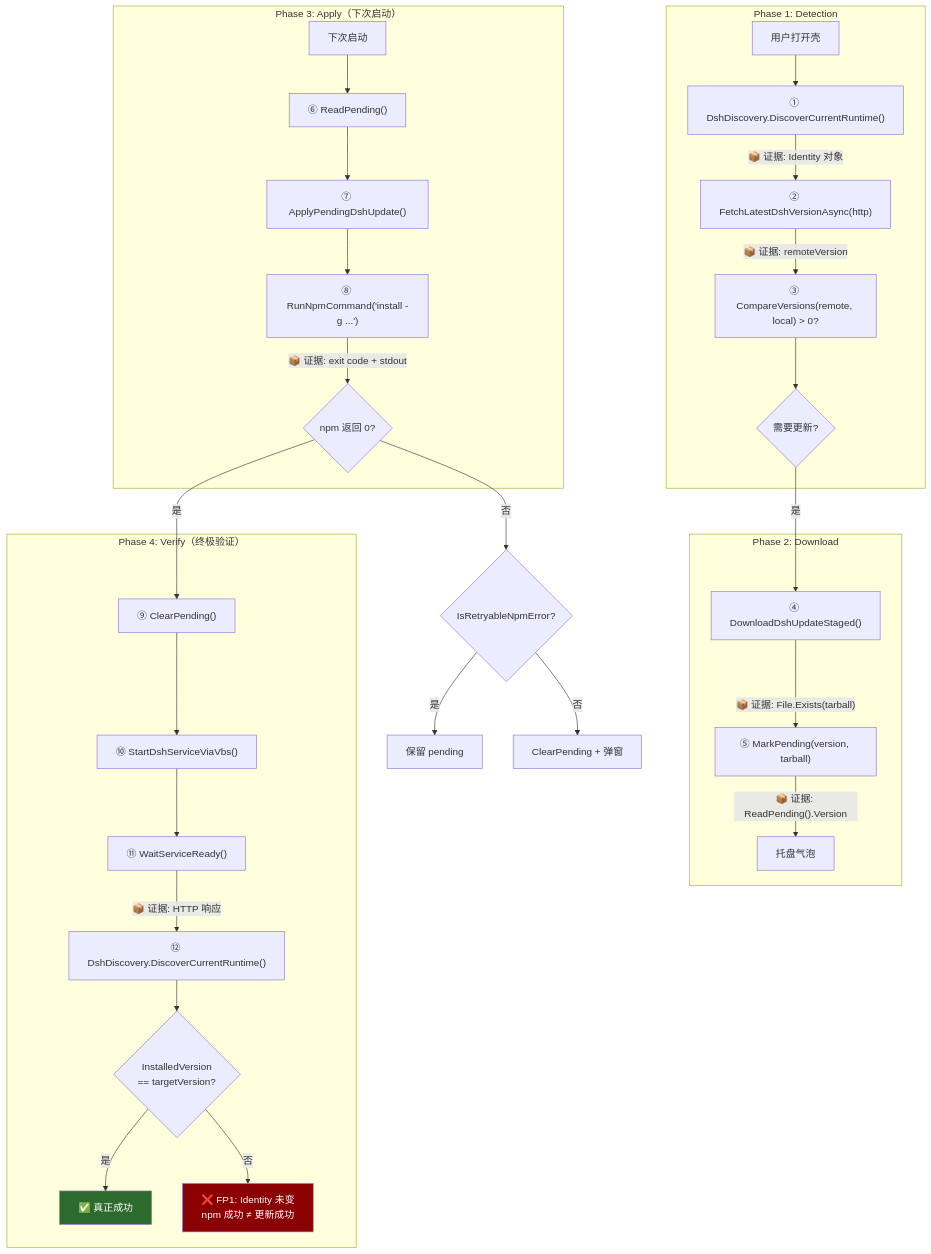
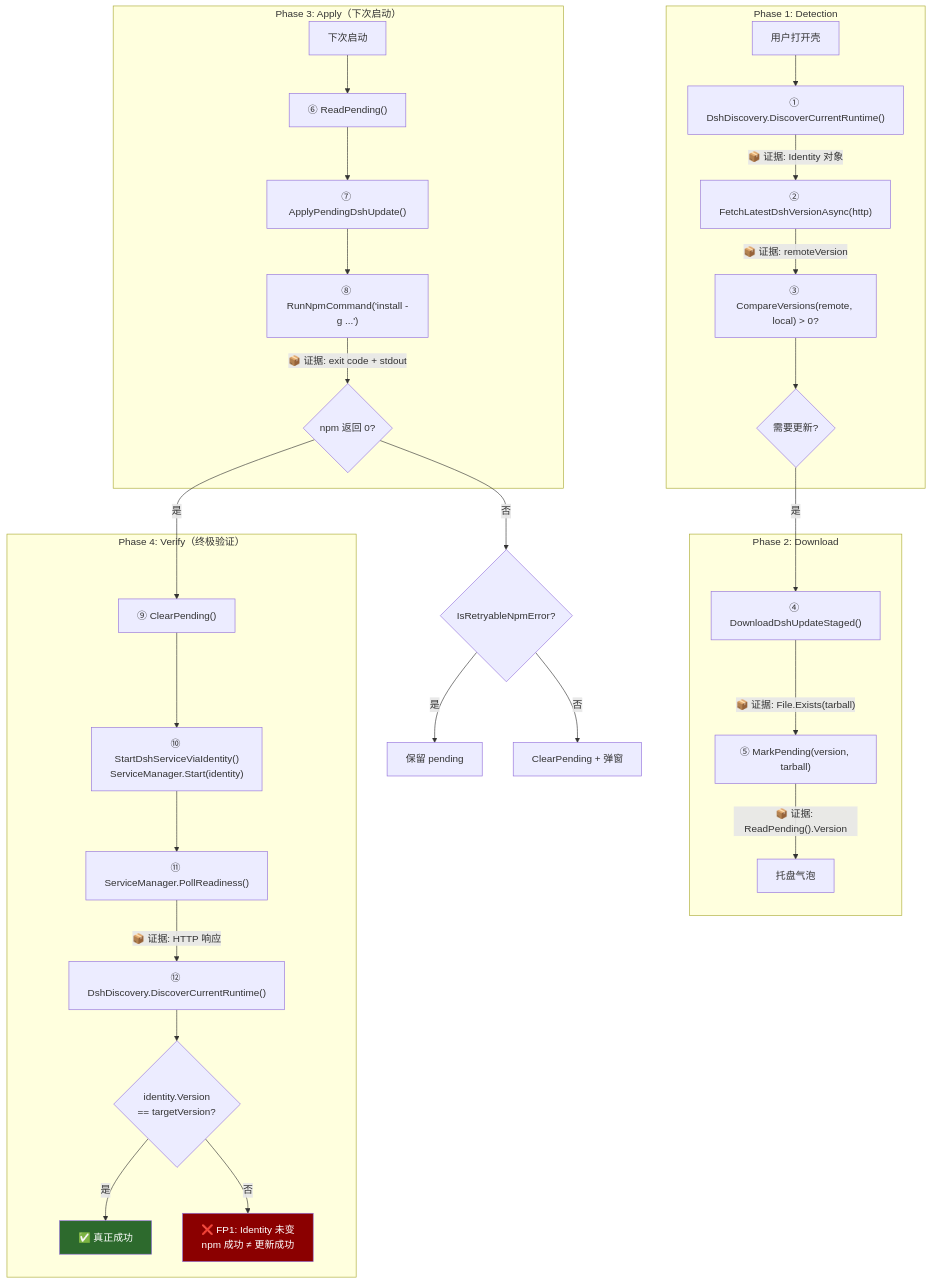
The first of 5 diagrams in docs/SYSTEM_CAUSAL_MAP.md (Ruler4396/dsh-launcher), drawn with Mermaid before and after one commit. The commit also changed other lines of this file and 30 other files, not shown here.

````diff
--- a/docs/SYSTEM_CAUSAL_MAP.md
+++ b/docs/SYSTEM_CAUSAL_MAP.md
@@ -63,39 +63,39 @@
 ```mermaid
 graph TD
     subgraph "Phase 1: Detection"
         T["用户打开壳"] --> A
         A["① DshDiscovery.DiscoverCurrentRuntime()"] -->|"📦 证据: Identity 对象"| B
         B["② FetchLatestDshVersionAsync(http)"] -->|"📦 证据: remoteVersion"| C
         C["③ CompareVersions(remote, local) > 0?"] --> D{"需要更新?"}
     end
 
     subgraph "Phase 2: Download"
         D -->|"是"| E["④ DownloadDshUpdateStaged()"]
         E -->|"📦 证据: File.Exists(tarball)"| F["⑤ MarkPending(version, tarball)"]
         F -->|"📦 证据: ReadPending().Version"| G["托盘气泡"]
     end
 
     subgraph "Phase 3: Apply（下次启动）"
         H["下次启动"] --> I["⑥ ReadPending()"]
         I --> J["⑦ ApplyPendingDshUpdate()"]
         J --> K["⑧ RunNpmCommand('install -g ...')"]
         K -->|"📦 证据: exit code + stdout"| L{"npm 返回 0?"}
     end
 
     subgraph "Phase 4: Verify（终极验证）"
         L -->|"是"| M["⑨ ClearPending()"]
-        M --> N["⑩ StartDshServiceViaVbs()"]
-        N --> O["⑪ WaitServiceReady()"]
+        M --> N["⑩ StartDshServiceViaIdentity()<br/>ServiceManager.Start(identity)"]
+        N --> O["⑪ ServiceManager.PollReadiness()"]
         O -->|"📦 证据: HTTP 响应"| P["⑫ DshDiscovery.DiscoverCurrentRuntime()"]
-        P --> Q{"InstalledVersion<br/>== targetVersion?"}
+        P --> Q{"identity.Version<br/>== targetVersion?"}
         Q -->|"是"| R["✅ 真正成功"]
         Q -->|"否"| S["❌ FP1: Identity 未变<br/>npm 成功 ≠ 更新成功"]
     end
 
     L -->|"否"| T2{"IsRetryableNpmError?"}
     T2 -->|"是"| U["保留 pending"]
     T2 -->|"否"| V["ClearPending + 弹窗"]
 
     style R fill:#2d6a2d,color:#fff
     style S fill:#8b0000,color:#fff
 ```
````
